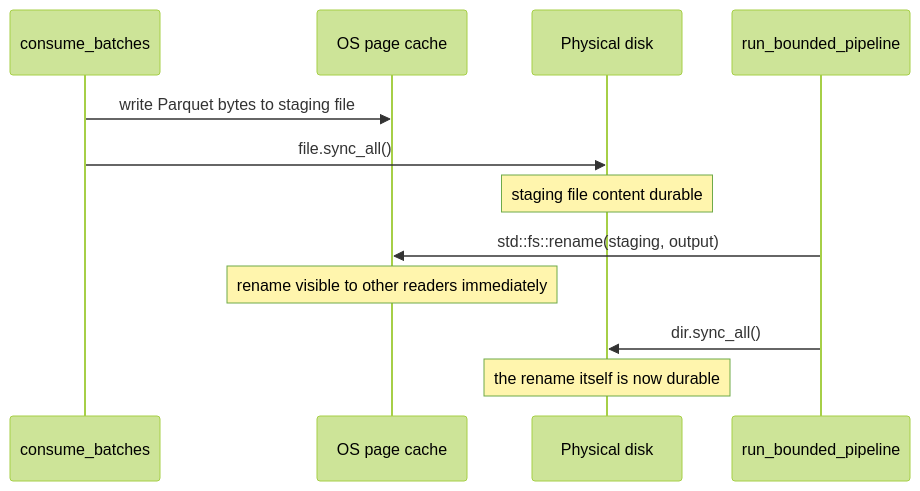
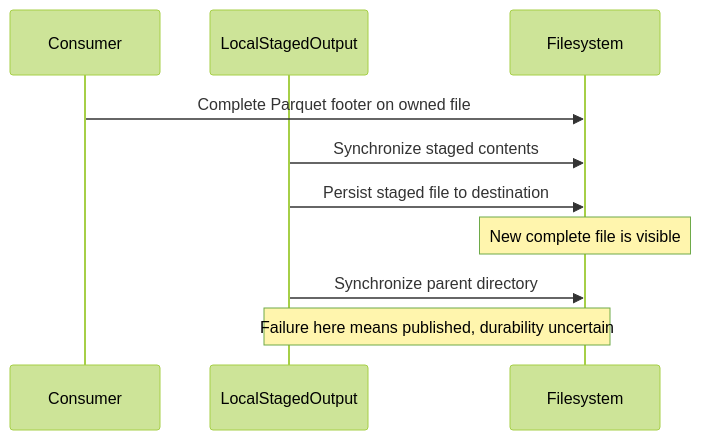
One commit to com-vitthalmirji/datacrate changed the first of 2 diagrams in book/src/datafusion.md. Above: the diagram before and after it, drawn with Mermaid (forest theme). The commit also changed other lines of this file and 47 other files, not shown here.

````diff
--- a/book/src/datafusion.md
+++ b/book/src/datafusion.md
@@ -87,15 +48,12 @@
 ```mermaid
 sequenceDiagram
-    participant W as consume_batches
-    participant PC as OS page cache
-    participant Disk as Physical disk
-    participant RP as run_bounded_pipeline
-
-    W->>PC: write Parquet bytes to staging file
-    W->>Disk: file.sync_all()
-    Note over Disk: staging file content durable
-    RP->>PC: std::fs::rename(staging, output)
-    Note over PC: rename visible to other readers immediately
-    RP->>Disk: dir.sync_all()
-    Note over Disk: the rename itself is now durable
+    participant C as Consumer
+    participant S as LocalStagedOutput
+    participant F as Filesystem
+    C->>F: Complete Parquet footer on owned file
+    S->>F: Synchronize staged contents
+    S->>F: Persist staged file to destination
+    Note over F: New complete file is visible
+    S->>F: Synchronize parent directory
+    Note over S,F: Failure here means published, durability uncertain
 ```
````
